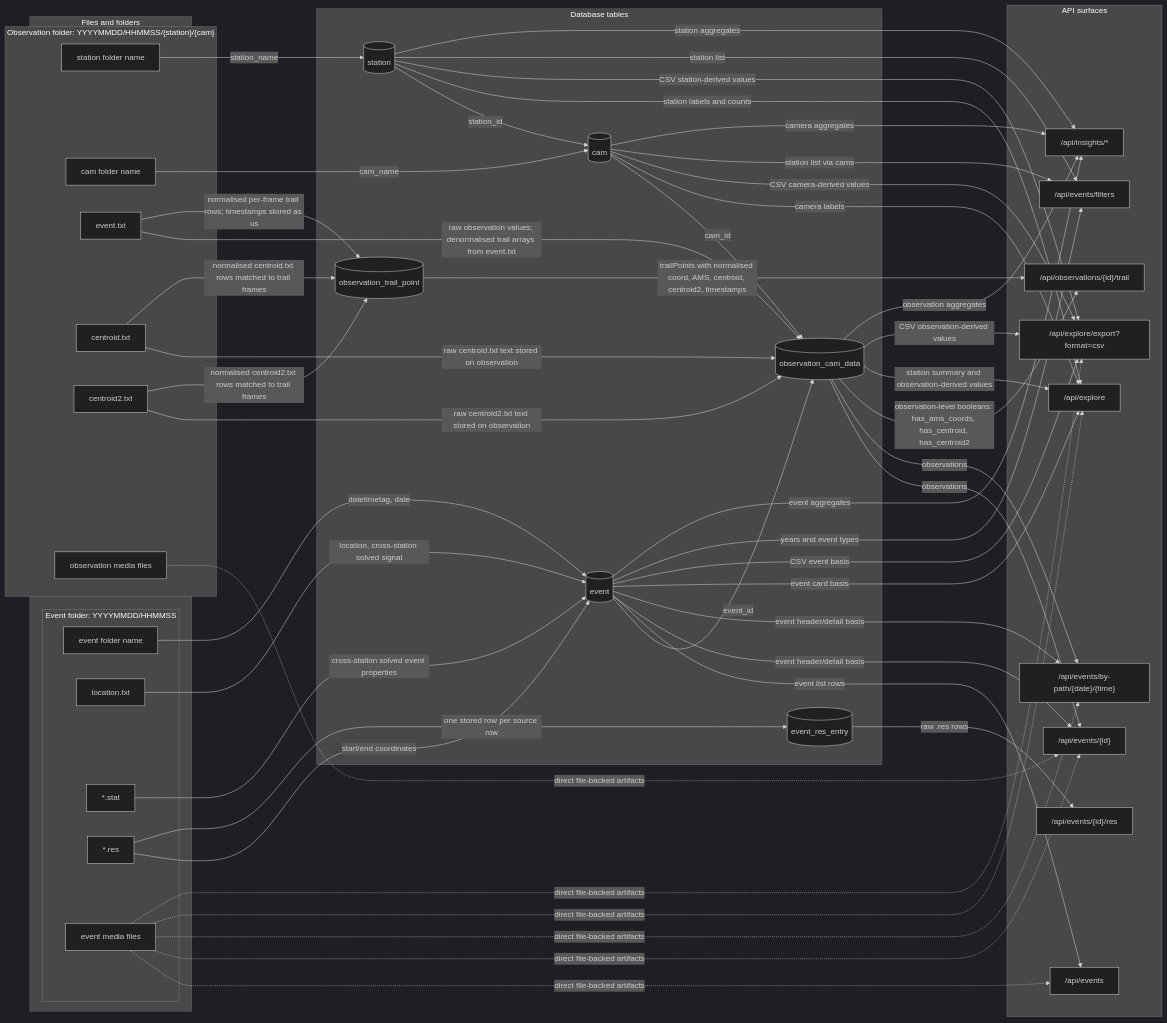
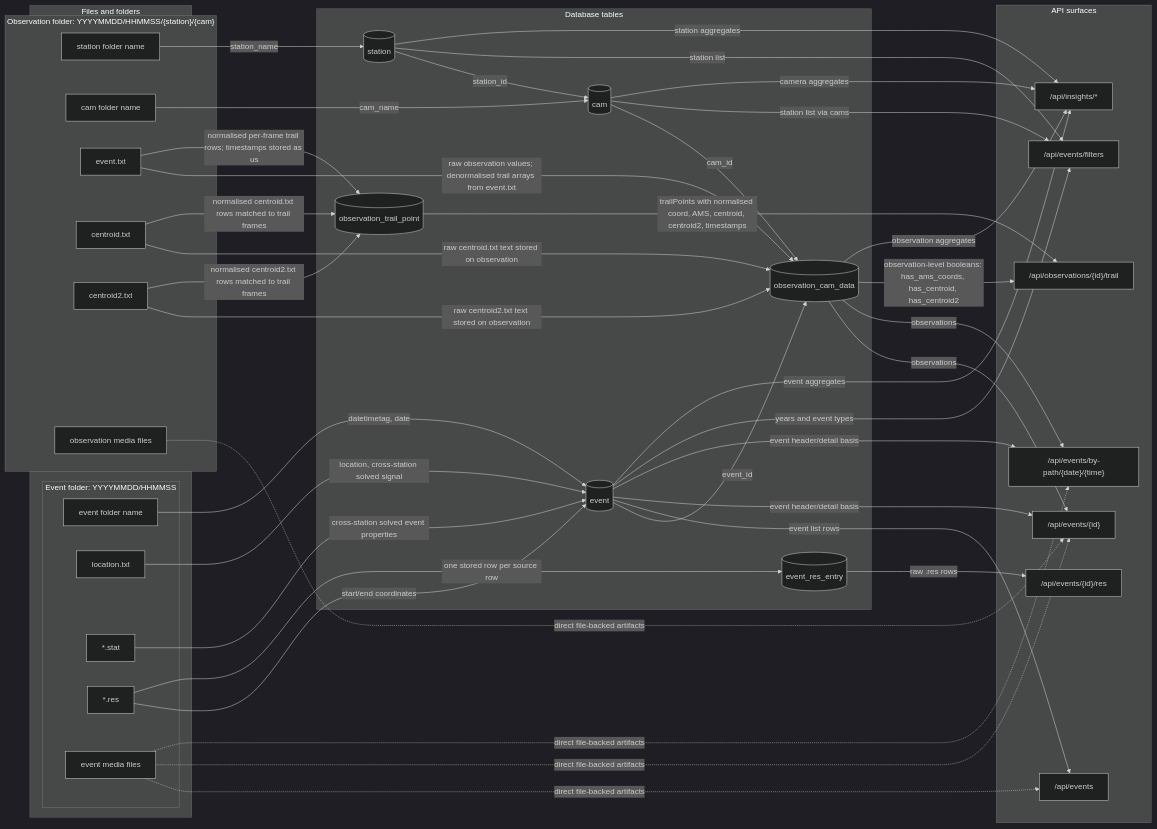
Before and after one commit to norskmeteornettverk/ildkule-backend: the diagram in docs/api-db-file-lineage.md, drawn with Mermaid (dark theme). The commit also changed other lines of this file and 6 other files, not shown here.

Commit message:
Remove legacy /api/explore endpoints and contracts

````diff
--- a/docs/api-db-file-lineage.md
+++ b/docs/api-db-file-lineage.md
@@ -57,8 +57,6 @@
         A3["/api/events/by-path/{date}/{time}"]
         A4["/api/events/{id}/res"]
         A5["/api/observations/{id}/trail"]
-        A6["/api/explore"]
-        A7["/api/explore/export?format=csv"]
         A8["/api/events/filters"]
         A9["/api/insights/*"]
     end
@@ -88,14 +86,6 @@
     D5 -- "raw .res rows" --> A4
     D6 -- "trailPoints with normalised coord, AMS, centroid, centroid2, timestamps" --> A5
     D4 -- "observation-level booleans: has_ams_coords, has_centroid, has_centroid2" --> A5
-    D1 -- "event card basis" --> A6
-    D2 -- "station labels and counts" --> A6
-    D3 -- "camera labels" --> A6
-    D4 -- "station summary and observation-derived values" --> A6
-    D1 -- "CSV event basis" --> A7
-    D2 -- "CSV station-derived values" --> A7
-    D3 -- "CSV camera-derived values" --> A7
-    D4 -- "CSV observation-derived values" --> A7
     D1 -- "years and event types" --> A8
     D2 -- "station list" --> A8
     D3 -- "station list via cams" --> A8
@@ -107,7 +97,5 @@
     F7 -. "direct file-backed artifacts" .-> A1
     F7 -. "direct file-backed artifacts" .-> A2
     F7 -. "direct file-backed artifacts" .-> A3
-    F7 -. "direct file-backed artifacts" .-> A6
-    F7 -. "direct file-backed artifacts" .-> A7
     F8 -. "direct file-backed artifacts" .-> A2
 ```
````
